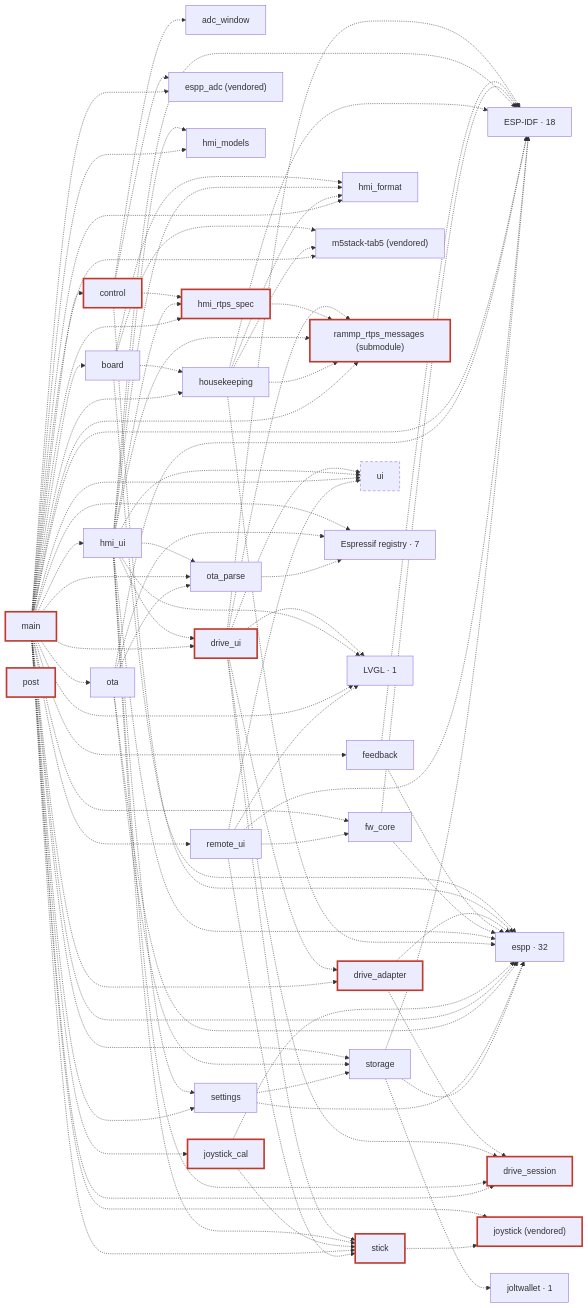
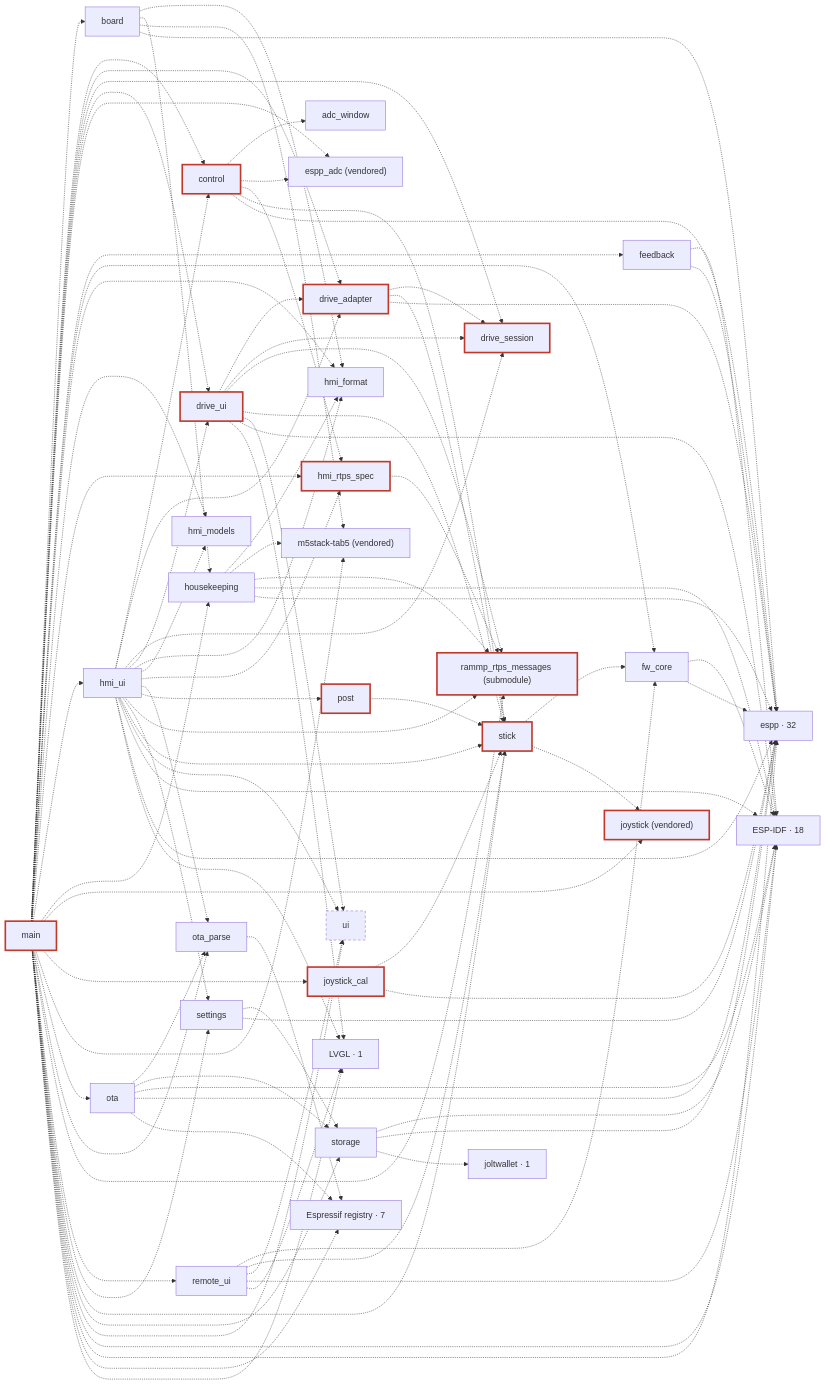
One commit to rammp-org/pace-hmi-fw changed the third of 3 diagrams in docs/architecture.md. Above: the diagram before and after it, drawn with Mermaid. The commit also changed 3 other files, not shown here.

```diff
--- a/docs/architecture.md
+++ b/docs/architecture.md
@@ -203,8 +203,10 @@
   c_control -.-> c_adc_window
   c_control -.-> c_espp_adc
   c_control -.-> c_hmi_rtps_spec
+  c_control -.-> c_stick
   c_control -.-> g_espp
   c_drive_adapter -.-> c_drive_session
+  c_drive_adapter -.-> c_stick
   c_drive_adapter -.-> g_espp
   c_drive_ui -.-> c_drive_adapter
   c_drive_ui -.-> c_drive_session
@@ -218,12 +220,15 @@
   c_fw_core -.-> g_ESP_IDF
   c_fw_core -.-> g_espp
   c_hmi_rtps_spec -.-> c_rammp_rtps_messages
+  c_hmi_ui -.-> c_control
+  c_hmi_ui -.-> c_drive_adapter
   c_hmi_ui -.-> c_drive_session
   c_hmi_ui -.-> c_drive_ui
   c_hmi_ui -.-> c_hmi_format
   c_hmi_ui -.-> c_hmi_models
   c_hmi_ui -.-> c_hmi_rtps_spec
   c_hmi_ui -.-> c_ota_parse
+  c_hmi_ui -.-> c_post
   c_hmi_ui -.-> c_rammp_rtps_messages
   c_hmi_ui -.-> c_settings
   c_hmi_ui -.-> c_stick
@@ -272,6 +277,7 @@
   c_ota -.-> g_espp
   c_ota -.-> g_Espressif_registry
   c_ota_parse -.-> g_Espressif_registry
+  c_post -.-> c_stick
   c_remote_ui -.-> c_fw_core
   c_remote_ui -.-> c_stick
   c_remote_ui -.-> c_ui
@@ -279,6 +285,7 @@
   c_remote_ui -.-> g_LVGL
   c_settings -.-> c_storage
   c_settings -.-> g_espp
+  c_stick -.-> c_fw_core
   c_stick -.-> c_joystick
   c_storage -.-> g_ESP_IDF
   c_storage -.-> g_espp
```
